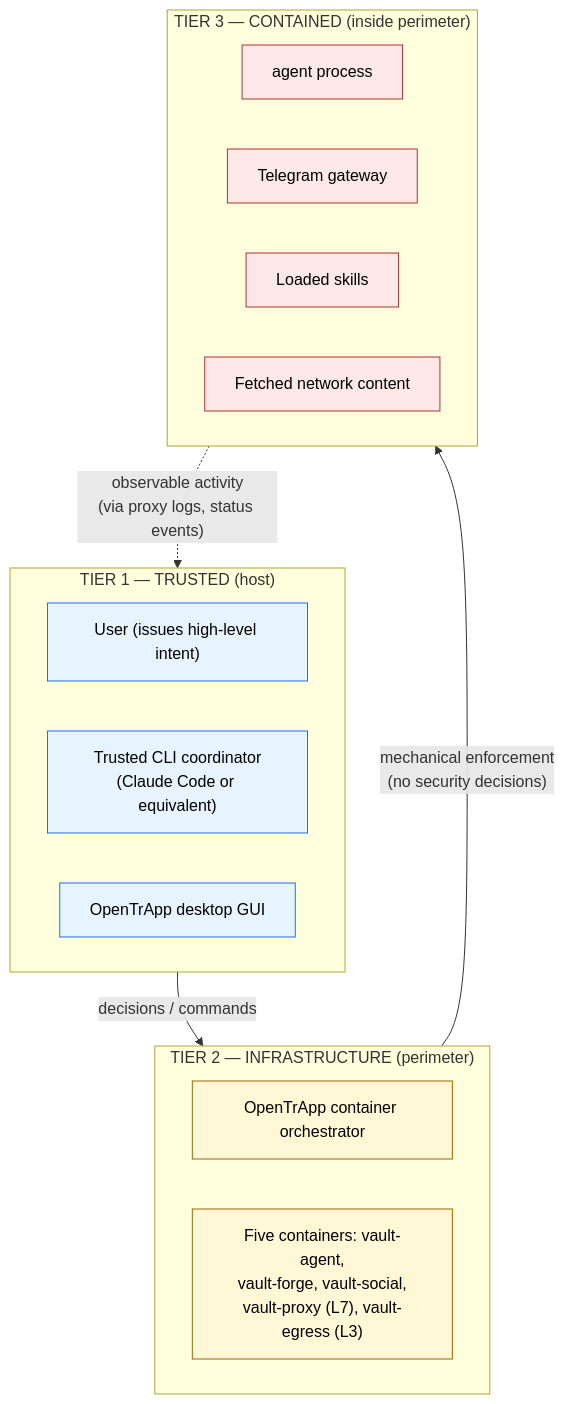
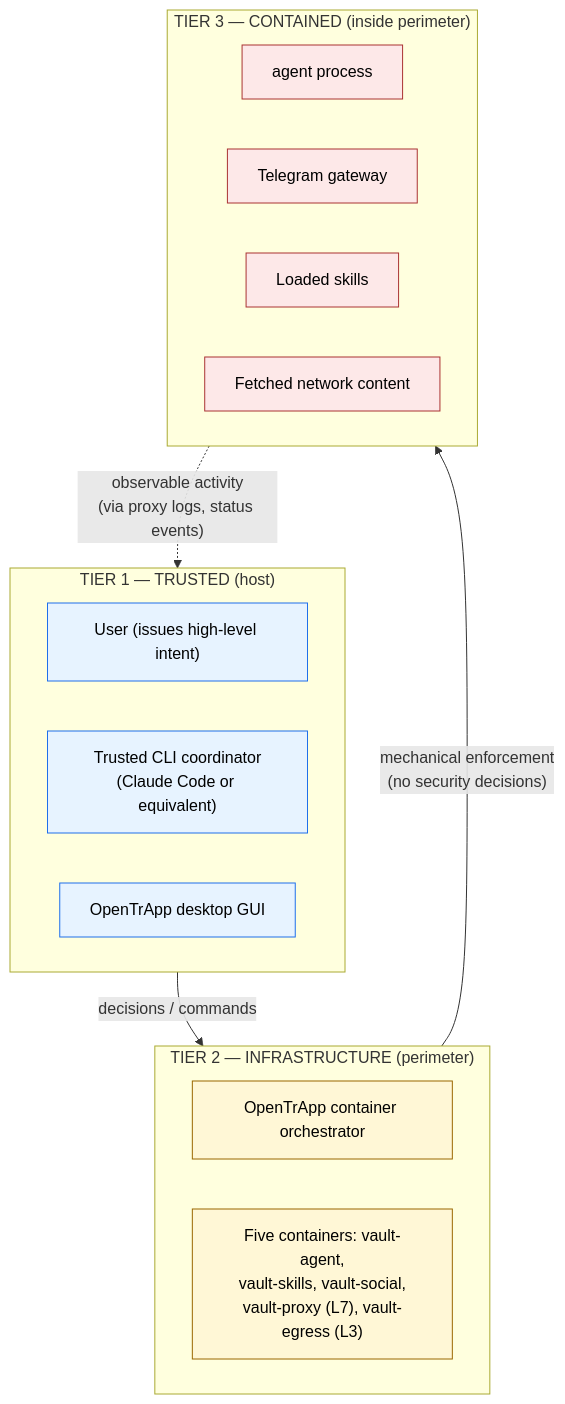
The second of 5 diagrams in docs/diagrams.md (albertdobmeyer/opentrapp), drawn with Mermaid before and after one commit. The commit also changed other lines of this file and 227 other files, not shown here.

First line of the commit message:
refactor(m0): rename forge → skills (v0.6 naming gate)

````diff
--- a/docs/diagrams.md
+++ b/docs/diagrams.md
@@ -74,35 +74,35 @@
 ```mermaid
 flowchart TD
     subgraph T1["TIER 1 — TRUSTED (host)"]
         direction LR
         T1A["User (issues high-level intent)"]
         T1B["Trusted CLI coordinator<br/>(Claude Code or equivalent)"]
         T1C["OpenTrApp desktop GUI"]
     end
 
     subgraph T2["TIER 2 — INFRASTRUCTURE (perimeter)"]
         direction LR
         T2A["OpenTrApp container orchestrator"]
-        T2B["Five containers: vault-agent,<br/>vault-forge, vault-social,<br/>vault-proxy (L7), vault-egress (L3)"]
+        T2B["Five containers: vault-agent,<br/>vault-skills, vault-social,<br/>vault-proxy (L7), vault-egress (L3)"]
     end
 
     subgraph T3["TIER 3 — CONTAINED (inside perimeter)"]
         direction LR
         T3A[agent process]
         T3B[Telegram gateway]
         T3C[Loaded skills]
         T3D[Fetched network content]
     end
 
     T1 -->|"decisions / commands"| T2
     T2 -->|"mechanical enforcement<br/>(no security decisions)"| T3
     T3 -.->|"observable activity<br/>(via proxy logs, status events)"| T1
 
     classDef trusted fill:#e7f3ff,stroke:#1f6feb,color:#000
     classDef infra fill:#fff7d6,stroke:#9a6700,color:#000
     classDef contained fill:#fde8e8,stroke:#aa3333,color:#000
 
     class T1A,T1B,T1C trusted
     class T2A,T2B infra
     class T3A,T3B,T3C,T3D contained
 ```
````
